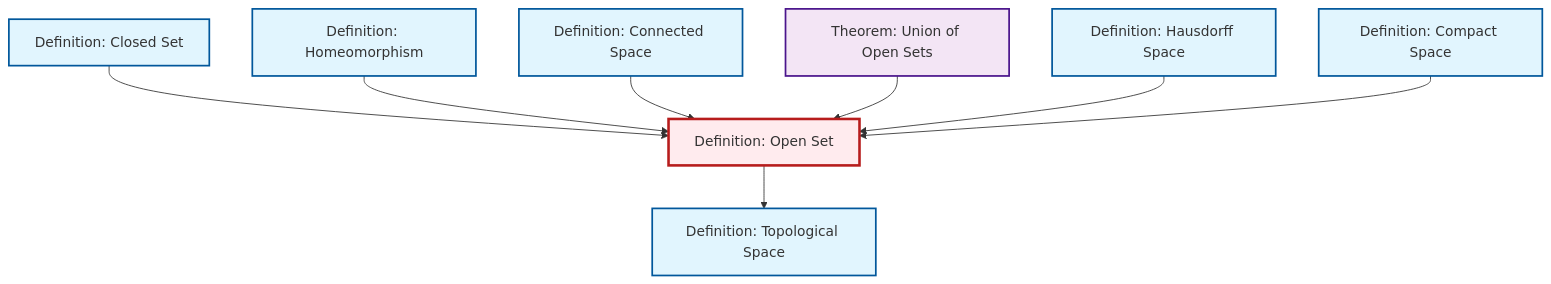
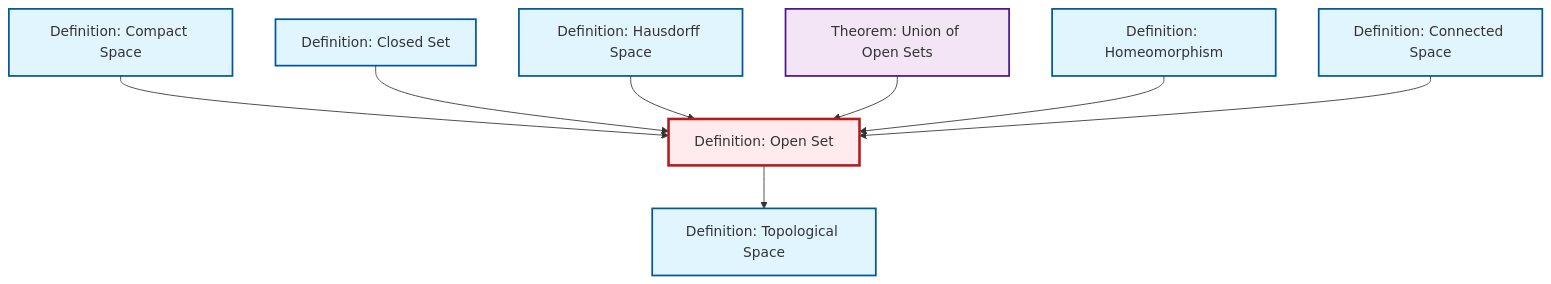
The diagram in content/ja/topology/def-open-set.qmd (RK0429/ModernMath), drawn with Mermaid before and after one commit. The commit also changed other lines of this file and 597 other files, not shown here.

````diff
--- a/content/ja/topology/def-open-set.qmd
+++ b/content/ja/topology/def-open-set.qmd
@@ -54,32 +54,32 @@
 ```{mermaid}
 %%| fig-cap: "Local dependency graph"
 graph TD
     classDef definition fill:#e1f5fe,stroke:#01579b,stroke-width:2px
     classDef theorem fill:#f3e5f5,stroke:#4a148c,stroke-width:2px
     classDef axiom fill:#fff3e0,stroke:#e65100,stroke-width:2px
     classDef example fill:#e8f5e9,stroke:#1b5e20,stroke-width:2px
     classDef current fill:#ffebee,stroke:#b71c1c,stroke-width:3px
-    def-connected["Definition: Connected Space"]:::definition
     def-compact["Definition: Compact Space"]:::definition
+    thm-union-open-sets["Theorem: Union of Open Sets"]:::theorem
     def-closed-set["Definition: Closed Set"]:::definition
     def-hausdorff["Definition: Hausdorff Space"]:::definition
-    def-open-set["Definition: Open Set"]:::definition
-    thm-union-open-sets["Theorem: Union of Open Sets"]:::theorem
     def-topological-space["Definition: Topological Space"]:::definition
     def-homeomorphism["Definition: Homeomorphism"]:::definition
+    def-connected["Definition: Connected Space"]:::definition
+    def-open-set["Definition: Open Set"]:::definition
+    def-open-set --> def-topological-space
+    def-compact --> def-open-set
     def-closed-set --> def-open-set
+    def-hausdorff --> def-open-set
+    thm-union-open-sets --> def-open-set
     def-homeomorphism --> def-open-set
     def-connected --> def-open-set
-    thm-union-open-sets --> def-open-set
-    def-hausdorff --> def-open-set
-    def-compact --> def-open-set
-    def-open-set --> def-topological-space
     class def-open-set current
-    click def-connected "def-connected.html" "Definition: Connected Spaceへ"
     click def-compact "def-compact.html" "Definition: Compact Spaceへ"
+    click thm-union-open-sets "thm-union-open-sets.html" "Theorem: Union of Open Setsへ"
     click def-closed-set "def-closed-set.html" "Definition: Closed Setへ"
     click def-hausdorff "def-hausdorff.html" "Definition: Hausdorff Spaceへ"
-    click thm-union-open-sets "thm-union-open-sets.html" "Theorem: Union of Open Setsへ"
     click def-topological-space "def-topological-space.html" "Definition: Topological Spaceへ"
     click def-homeomorphism "def-homeomorphism.html" "Definition: Homeomorphismへ"
+    click def-connected "def-connected.html" "Definition: Connected Spaceへ"
 ```
````
